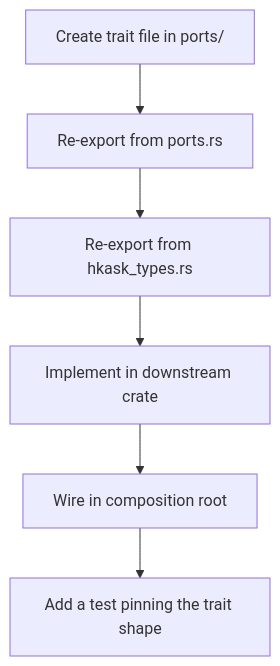
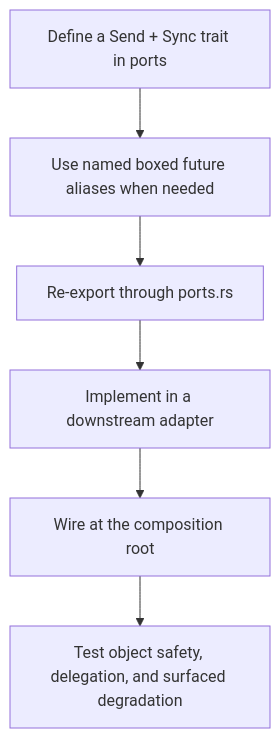
One commit to mdz-axo/zed-kask changed the second of 2 diagrams in kask/docs/diataxis/hkask-types/how-to.md. Above: the diagram before and after it, drawn with Mermaid. The commit also changed other lines of this file and 12 other files, not shown here.

````diff
--- a/kask/docs/diataxis/hkask-types/how-to.md
+++ b/kask/docs/diataxis/hkask-types/how-to.md
@@ -108,8 +67,8 @@
 ```mermaid
 flowchart TD
-    A[Create trait file in ports/] --> B[Re-export from ports.rs]
-    B --> C[Re-export from hkask_types.rs]
-    C --> D[Implement in downstream crate]
-    D --> E[Wire in composition root]
-    E --> F[Add a test pinning the trait shape]
+    A[Define a Send + Sync trait in ports] --> B[Use named boxed future aliases when needed]
+    B --> C[Re-export through ports.rs]
+    C --> D[Implement in a downstream adapter]
+    D --> E[Wire at the composition root]
+    E --> F[Test object safety, delegation, and surfaced degradation]
 ```
````
